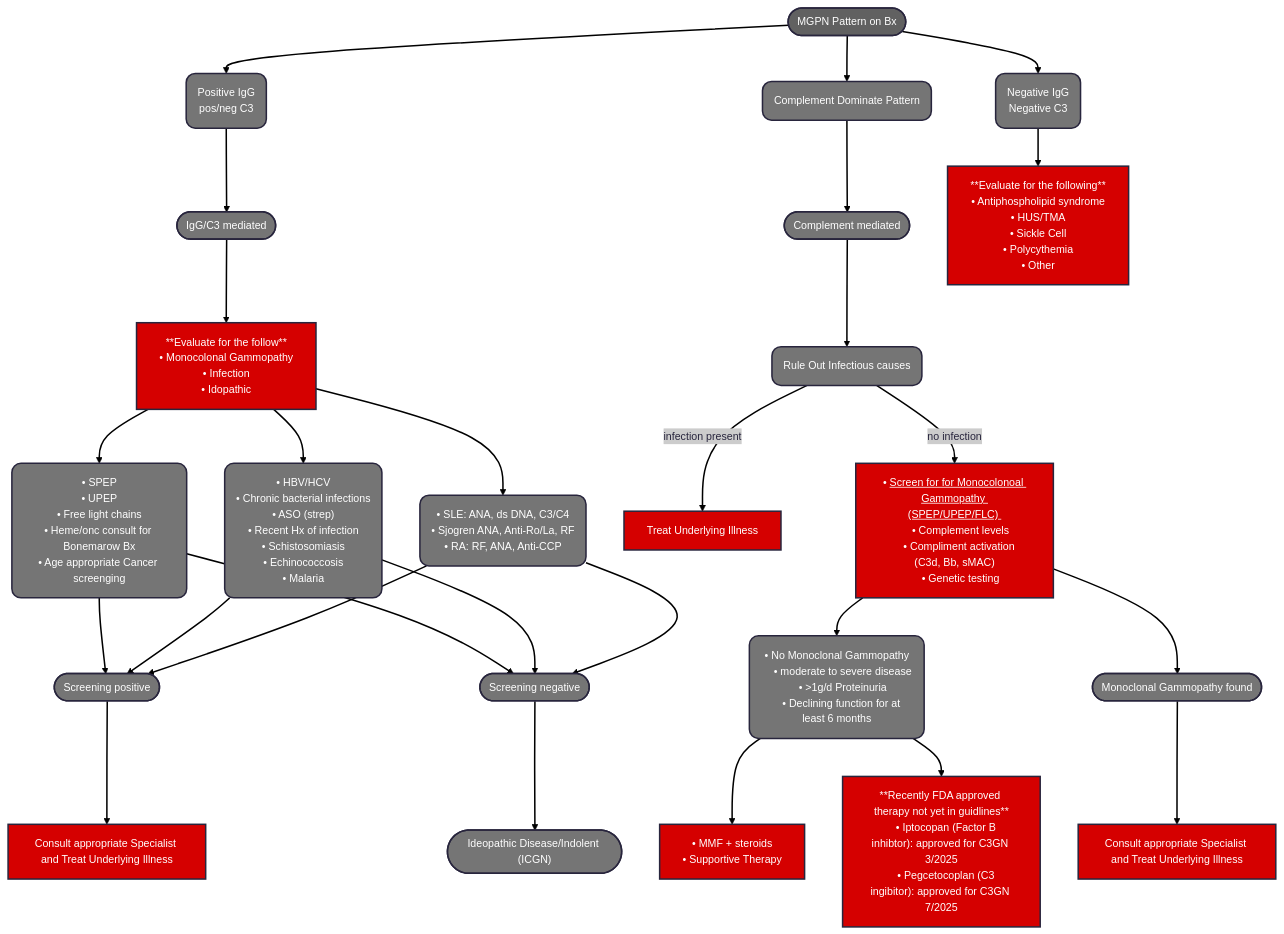
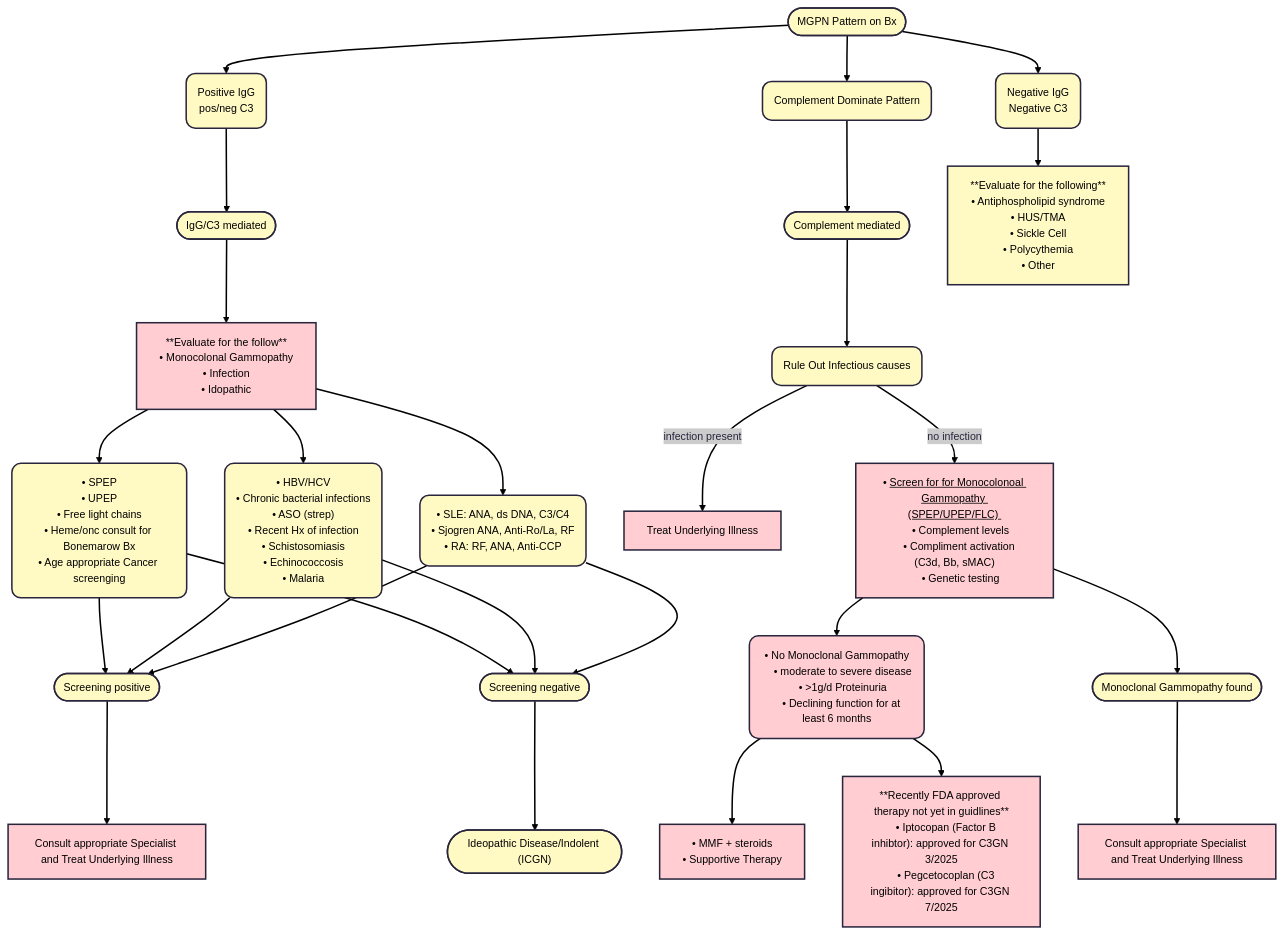
The first of 2 diagrams in docs/MPGN-C3GN.md (TTUNEPH2025/GN), drawn with Mermaid before and after one commit. The commit also changed other lines of this file, not shown here.

````diff
--- a/docs/MPGN-C3GN.md
+++ b/docs/MPGN-C3GN.md
@@ -141,27 +141,27 @@
     n11@{ shape: rounded}
     n12@{ shape: rounded}
     n30@{ shape: rounded}
-    style A fill:#616161,color:#FFFFFF
-    style n1 fill:#757575,color:#FFFFFF
-    style n2 fill:#757575,color:#FFFFFF
-    style n3 fill:#757575,color:#FFFFFF
-    style n4 fill:#757575,color:#FFFFFF
-    style n6 fill:#757575,color:#FFFFFF
-    style n7 fill:#D50000,color:#FFFFFF
-    style n8 fill:#757575,color:#FFFFFF
-    style n9 fill:#D50000,color:#FFFFFF
-    style n10 fill:#757575,color:#FFFFFF
-    style n11 color:#FFFFFF,fill:#757575
-    style n12 fill:#757575,color:#FFFFFF
-    style n23 fill:#D50000,color:#FFFFFF
-    style n24 fill:#D50000,color:#FFFFFF
-    style n17 fill:#757575,color:#FFFFFF
-    style n20 fill:#757575,color:#FFFFFF
-    style n21 color:#FFFFFF,fill:#D50000
-    style n22 fill:#757575,color:#FFFFFF
-    style n30 color:#FFFFFF,fill:#757575
-    style n31 fill:#757575,color:#FFFFFF
-    style n32 fill:#D50000,color:#FFFFFF
-    style n33 fill:#D50000,color:#FFFFFF
-    style n34 fill:#D50000,color:#FFFFFF
+    style A color:#000000,fill:#FFF9C4
+    style n1 color:#000000,fill:#FFF9C4
+    style n2 color:#000000,fill:#FFF9C4
+    style n3 color:#000000,fill:#FFF9C4
+    style n4 color:#000000,fill:#FFF9C4
+    style n6 color:#000000,fill:#FFF9C4
+    style n7 color:#000000,fill:#FFF9C4
+    style n8 color:#000000,fill:#FFF9C4
+    style n9 fill:#FFCDD2,color:#000000
+    style n10 color:#000000,fill:#FFF9C4
+    style n11 color:#000000,fill:#FFF9C4
+    style n12 color:#000000,fill:#FFF9C4
+    style n23 fill:#FFCDD2,color:#000000
+    style n24 fill:#FFCDD2,color:#000000
+    style n17 color:#000000,fill:#FFF9C4
+    style n20 color:#000000,fill:#FFF9C4
+    style n21 fill:#FFCDD2,color:#000000
+    style n22 color:#000000,fill:#FFF9C4
+    style n30 fill:#FFCDD2,color:#000000
+    style n31 color:#000000,fill:#FFF9C4
+    style n32 fill:#FFCDD2,color:#000000
+    style n33 fill:#FFCDD2,color:#000000
+    style n34 fill:#FFCDD2,color:#000000
 ```
````
